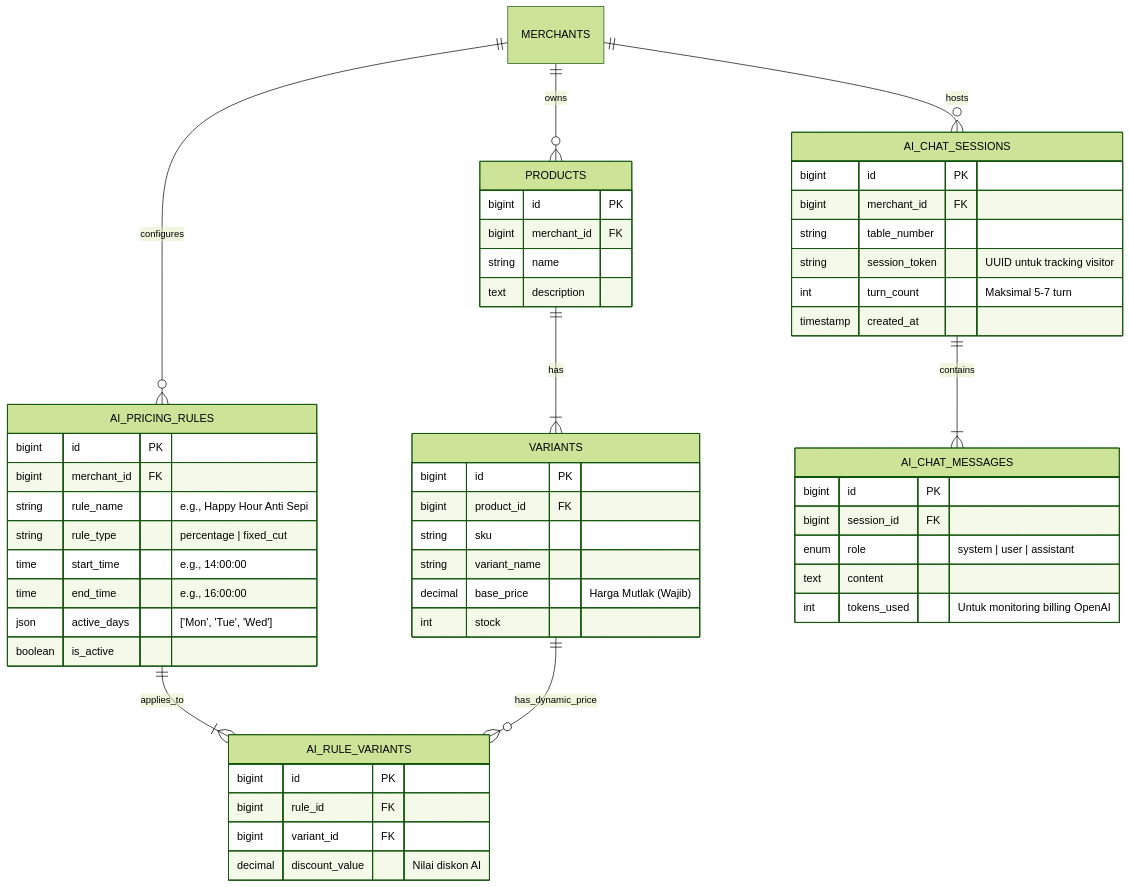
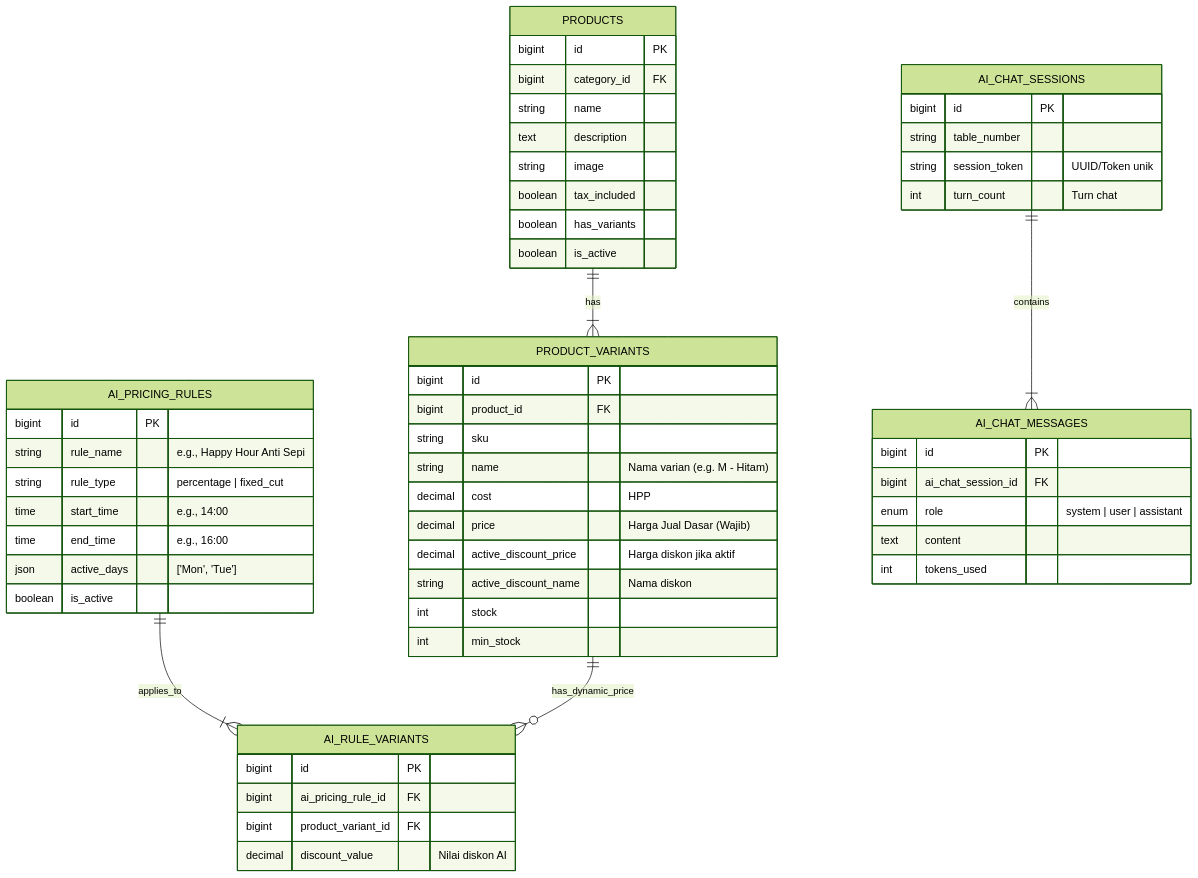
Before and after one commit to ngopikode/pakaiapp-dash: the diagram in .docs/features/ai-menu-engine/erd.md, drawn with Mermaid (forest theme). The commit also changed other lines of this file and 18 other files, not shown here.

````diff
--- a/.docs/features/ai-menu-engine/erd.md
+++ b/.docs/features/ai-menu-engine/erd.md
@@ -20,67 +20,68 @@
 ```mermaid
 erDiagram
-    MERCHANTS ||--o{ PRODUCTS : "owns"
-    MERCHANTS ||--o{ AI_PRICING_RULES : "configures"
-    MERCHANTS ||--o{ AI_CHAT_SESSIONS : "hosts"
-
-    PRODUCTS ||--|{ VARIANTS : "has"
+    PRODUCTS ||--|{ PRODUCT_VARIANTS : "has"
     
     AI_PRICING_RULES ||--|{ AI_RULE_VARIANTS : "applies_to"
-    VARIANTS ||--o{ AI_RULE_VARIANTS : "has_dynamic_price"
+    PRODUCT_VARIANTS ||--o{ AI_RULE_VARIANTS : "has_dynamic_price"
 
     AI_CHAT_SESSIONS ||--|{ AI_CHAT_MESSAGES : "contains"
 
     %% Struktur Inti Menu
     PRODUCTS {
         bigint id PK
-        bigint merchant_id FK
+        bigint category_id FK
         string name
         text description
+        string image
+        boolean tax_included
+        boolean has_variants
+        boolean is_active
     }
 
-    VARIANTS {
+    PRODUCT_VARIANTS {
         bigint id PK
         bigint product_id FK
         string sku
-        string variant_name
-        decimal base_price "Harga Mutlak (Wajib)"
+        string name "Nama varian (e.g. M - Hitam)"
+        decimal cost "HPP"
+        decimal price "Harga Jual Dasar (Wajib)"
+        decimal active_discount_price "Harga diskon jika aktif"
+        string active_discount_name "Nama diskon"
         int stock
+        int min_stock
     }
 
     %% Modul AI: Auto-Pilot Pricing (B2B)
     AI_PRICING_RULES {
         bigint id PK
-        bigint merchant_id FK
         string rule_name "e.g., Happy Hour Anti Sepi"
         string rule_type "percentage | fixed_cut"
-        time start_time "e.g., 14:00:00"
-        time end_time "e.g., 16:00:00"
-        json active_days "['Mon', 'Tue', 'Wed']"
+        time start_time "e.g., 14:00"
+        time end_time "e.g., 16:00"
+        json active_days "['Mon', 'Tue']"
         boolean is_active
     }
 
     AI_RULE_VARIANTS {
         bigint id PK
-        bigint rule_id FK
-        bigint variant_id FK
+        bigint ai_pricing_rule_id FK
+        bigint product_variant_id FK
         decimal discount_value "Nilai diskon AI"
     }
 
     %% Modul AI: Chat / Digital Waiter (B2C)
     AI_CHAT_SESSIONS {
         bigint id PK
-        bigint merchant_id FK
         string table_number
-        string session_token "UUID untuk tracking visitor"
-        int turn_count "Maksimal 5-7 turn"
-        timestamp created_at
+        string session_token "UUID/Token unik"
+        int turn_count "Turn chat"
     }
 
     AI_CHAT_MESSAGES {
         bigint id PK
-        bigint session_id FK
+        bigint ai_chat_session_id FK
         enum role "system | user | assistant"
         text content
-        int tokens_used "Untuk monitoring billing OpenAI"
+        int tokens_used
     }
 ```
````
